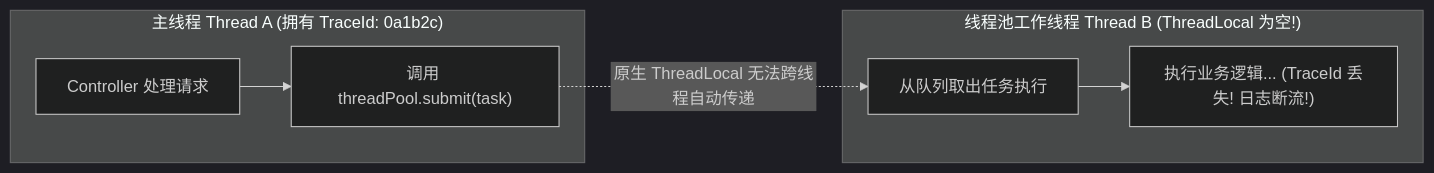
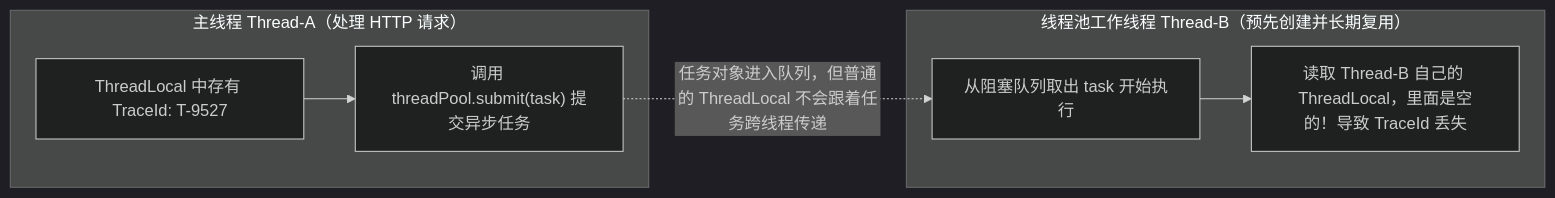
Before and after one commit to GuoWWWX/knowledge-base: the third of 4 diagrams in 20-Java后端/07-分布式与微服务/08-链路追踪.md, drawn with Mermaid (dark theme). The commit also changed other lines of this file and 251 other files, not shown here.

````diff
--- a/20-Java后端/07-分布式与微服务/08-链路追踪.md
+++ b/20-Java后端/07-分布式与微服务/08-链路追踪.md
@@ -95,12 +120,12 @@
 ```mermaid
 flowchart LR
-    subgraph 主线程["主线程 Thread A (拥有 TraceId: 0a1b2c)"]
-        M1["Controller 处理请求"] --> M2["调用 threadPool.submit(task)"]
+    subgraph MainThread["主线程 Thread-A（处理 HTTP 请求）"]
+        M1["ThreadLocal 中存有 TraceId: T-9527"] --> M2["调用 threadPool.submit(task) 提交异步任务"]
     end
 
-    subgraph 子线程["线程池工作线程 Thread B (ThreadLocal 为空!)"]
-        W1["从队列取出任务执行"] --> W2["执行业务逻辑... (TraceId 丢失! 日志断流!)"]
+    subgraph WorkerThread["线程池工作线程 Thread-B（预先创建并长期复用）"]
+        W1["从阻塞队列取出 task 开始执行"] --> W2["读取 Thread-B 自己的 ThreadLocal，里面是空的！导致 TraceId 丢失"]
     end
 
-    M2 -.->|"原生 ThreadLocal 无法跨线程自动传递"| W1
+    M2 -.->|"任务对象进入队列，但普通的 ThreadLocal 不会跟着任务跨线程传递"| W1
 ```
````
